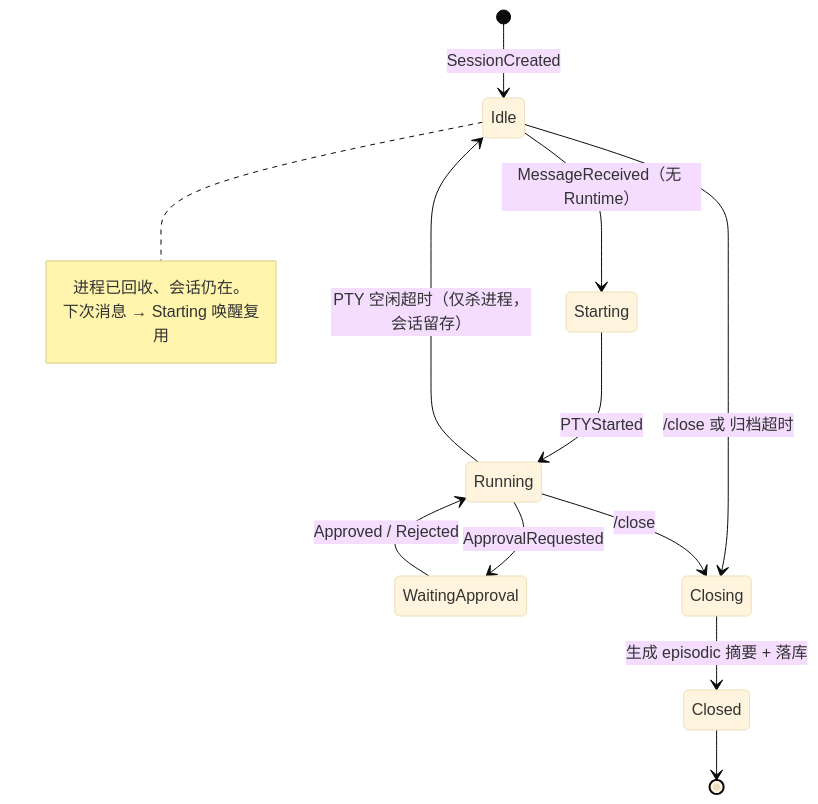
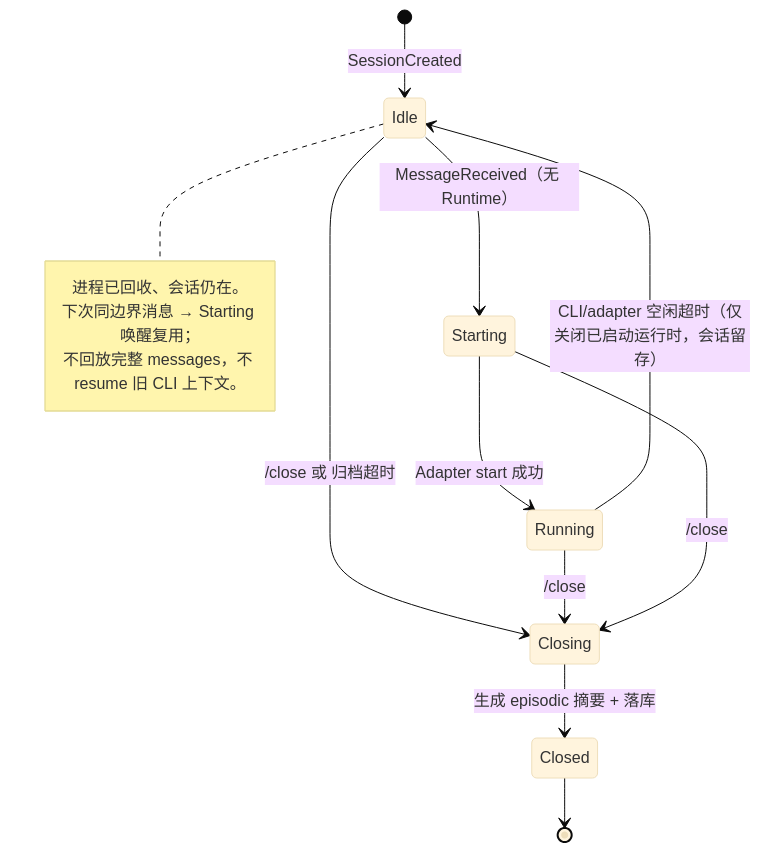
The eighth of 15 diagrams in docs/02-Architecture.md (ygq-future/ai-cli-hub), drawn with Mermaid (base theme) before and after one commit. The commit also changed other lines of this file and 9 other files, not shown here.

````diff
--- a/docs/02-Architecture.md
+++ b/docs/02-Architecture.md
@@ -367,17 +370,17 @@
 ```mermaid
 stateDiagram-v2
     [*] --> Idle: SessionCreated
     Idle --> Starting: MessageReceived（无 Runtime）
-    Starting --> Running: PTYStarted
-    Running --> WaitingApproval: ApprovalRequested
-    WaitingApproval --> Running: Approved / Rejected
-    Running --> Idle: PTY 空闲超时（仅杀进程，会话留存）
+    Starting --> Running: Adapter start 成功
+    Running --> Idle: CLI/adapter 空闲超时（仅关闭已启动运行时，会话留存）
     Idle --> Closing: /close 或 归档超时
     Running --> Closing: /close
+    Starting --> Closing: /close
     Closing --> Closed: 生成 episodic 摘要 + 落库
     Closed --> [*]
     note right of Idle
       进程已回收、会话仍在。
-      下次消息 → Starting 唤醒复用
+      下次同边界消息 → Starting 唤醒复用；
+      不回放完整 messages，不 resume 旧 CLI 上下文。
     end note
 ```
````
